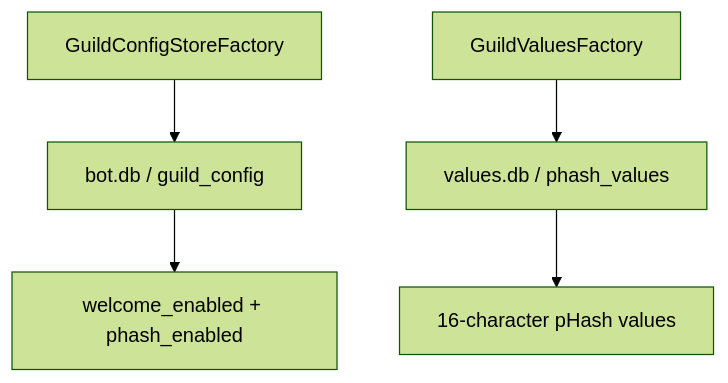
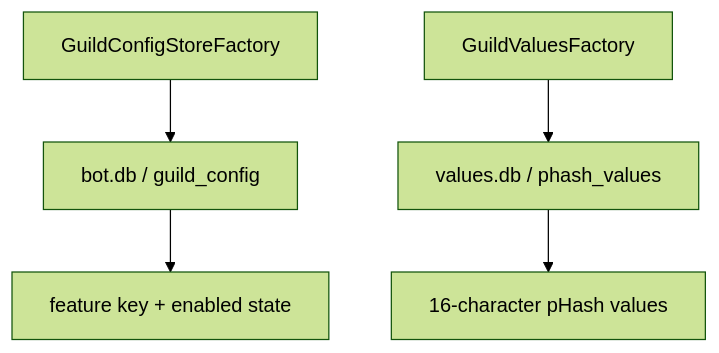
The diagram in persistence/README.md (mistersolid/sentry), drawn with Mermaid (forest theme) before and after one commit. The commit also changed other lines of this file and 15 other files, not shown here.

Commit message:
refactor(persistence): simplify feature toggling with global config logic and db-backed storage

````diff
--- a/persistence/README.md
+++ b/persistence/README.md
@@ -11,7 +11,7 @@
 ```mermaid
 flowchart TD
     ConfigFactory["GuildConfigStoreFactory"] --> ConfigDB["bot.db / guild_config"]
-    ConfigDB --> Settings["welcome_enabled + phash_enabled"]
+    ConfigDB --> Settings["feature key + enabled state"]
     ValuesFactory["GuildValuesFactory"] --> ValuesDB["values.db / phash_values"]
     ValuesDB --> Hashes["16-character pHash values"]
 ```
````
